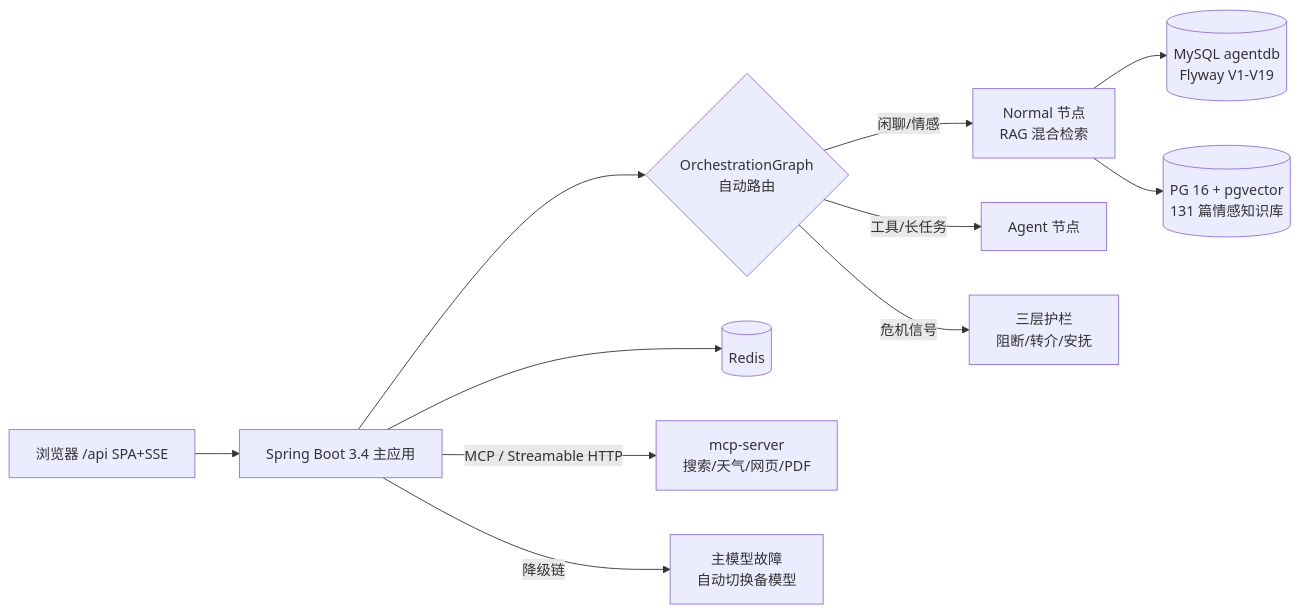
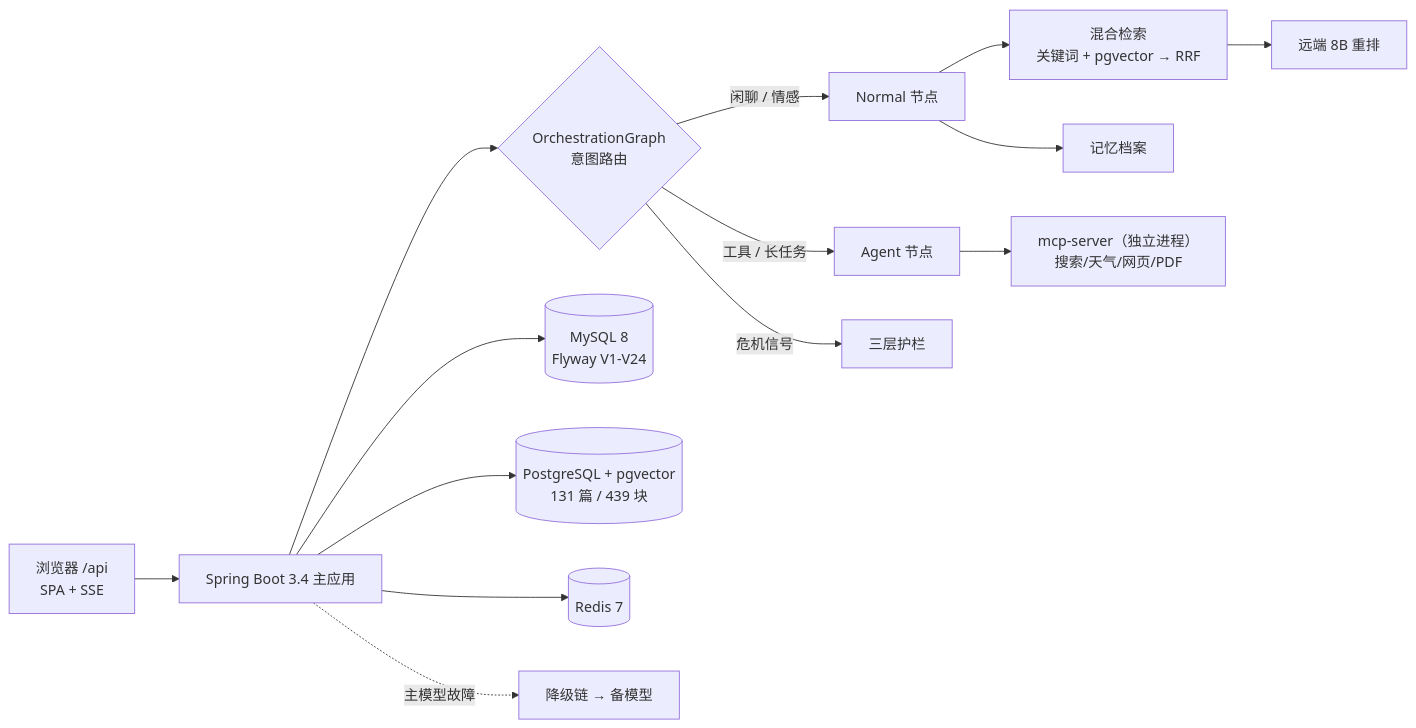
The diagram in README.md (Mitsuki-lwx/LoveHelping-agent), drawn with Mermaid before and after one commit. The commit also changed other lines of this file and 2 other files, not shown here.

````diff
--- a/README.md
+++ b/README.md
@@ -120,13 +155,16 @@
 ```mermaid
 flowchart LR
-  U[浏览器 /api SPA+SSE] --> A[Spring Boot 3.4 主应用]
-  A --> C{OrchestrationGraph<br/>自动路由}
-  C -->|闲聊/情感| N[Normal 节点<br/>RAG 混合检索]
-  C -->|工具/长任务| T[Agent 节点]
-  C -->|危机信号| G[三层护栏<br/>阻断/转介/安抚]
-  N --> KB[(MySQL agentdb<br/>Flyway V1-V19)]
-  N --> V[(PG 16 + pgvector<br/>131 篇情感知识库)]
-  A --> R[(Redis)]
-  A -->|MCP / Streamable HTTP| M[mcp-server<br/>搜索/天气/网页/PDF]
-  A -->|降级链| F[主模型故障<br/>自动切换备模型]
+  U["浏览器 /api<br/>SPA + SSE"] --> A["Spring Boot 3.4 主应用"]
+  A --> C{"OrchestrationGraph<br/>意图路由"}
+  C -->|闲聊 / 情感| N["Normal 节点"]
+  C -->|工具 / 长任务| T["Agent 节点"]
+  C -->|危机信号| G["三层护栏"]
+  N --> RAG["混合检索<br/>关键词 + pgvector → RRF"]
+  RAG --> RR["远端 8B 重排"]
+  N --> MEM["记忆档案"]
+  T --> M["mcp-server（独立进程）<br/>搜索/天气/网页/PDF"]
+  A --> DB[("MySQL 8<br/>Flyway V1-V24")]
+  A --> V[("PostgreSQL + pgvector<br/>131 篇 / 439 块")]
+  A --> RD[("Redis 7")]
+  A -.->|主模型故障| FB["降级链 → 备模型"]
 ```
````
